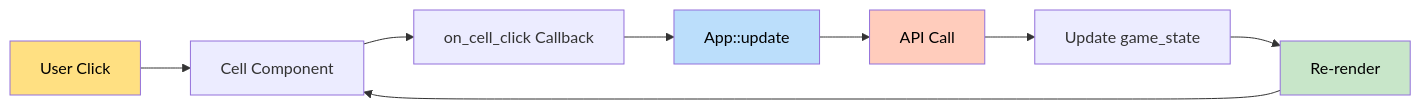
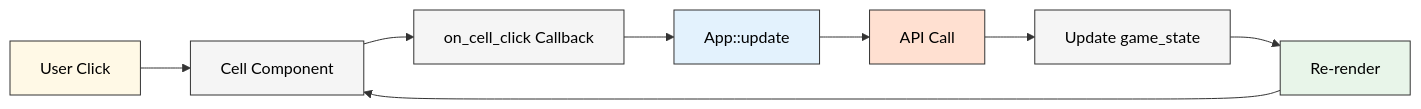
Before and after one commit to sw-game-dev/game-mcp-poc: the third of 5 diagrams in wiki/Frontend-Architecture.md, drawn with Mermaid. The commit also changed other lines of this file and 6 other files, not shown here.

First line of the commit message:
fix: Improve mermaid diagram contrast with theme and lighter colors

````diff
--- a/wiki/Frontend-Architecture.md
+++ b/wiki/Frontend-Architecture.md
@@ -249,15 +251,16 @@
 ```mermaid
+%%{init: {'theme':'base', 'themeVariables': {'primaryColor':'#f5f5f5','primaryTextColor':'#000','primaryBorderColor':'#333','lineColor':'#333','secondaryColor':'#f5f5f5','tertiaryColor':'#f5f5f5'}}}%%
 graph LR
     A[User Click] --> B[Cell Component]
     B --> C[on_cell_click Callback]
     C --> D[App::update]
     D --> E[API Call]
     E --> F[Update game_state]
     F --> G[Re-render]
     G --> B
 
-    style A fill:#ffe082,color:#000
-    style D fill:#bbdefb,color:#000
-    style E fill:#ffccbc,color:#000
-    style G fill:#c8e6c9,color:#000
+    style A fill:#fff9e6,color:#000
+    style D fill:#e3f2fd,color:#000
+    style E fill:#ffe0d1,color:#000
+    style G fill:#e8f5e9,color:#000
 ```
````
